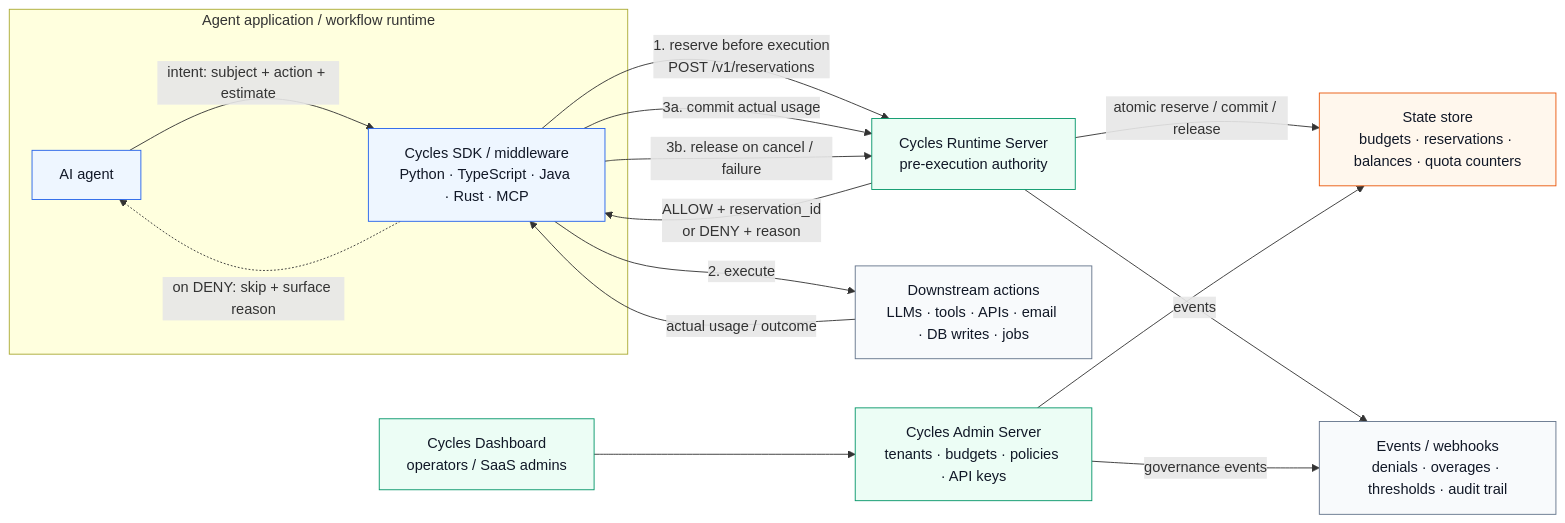
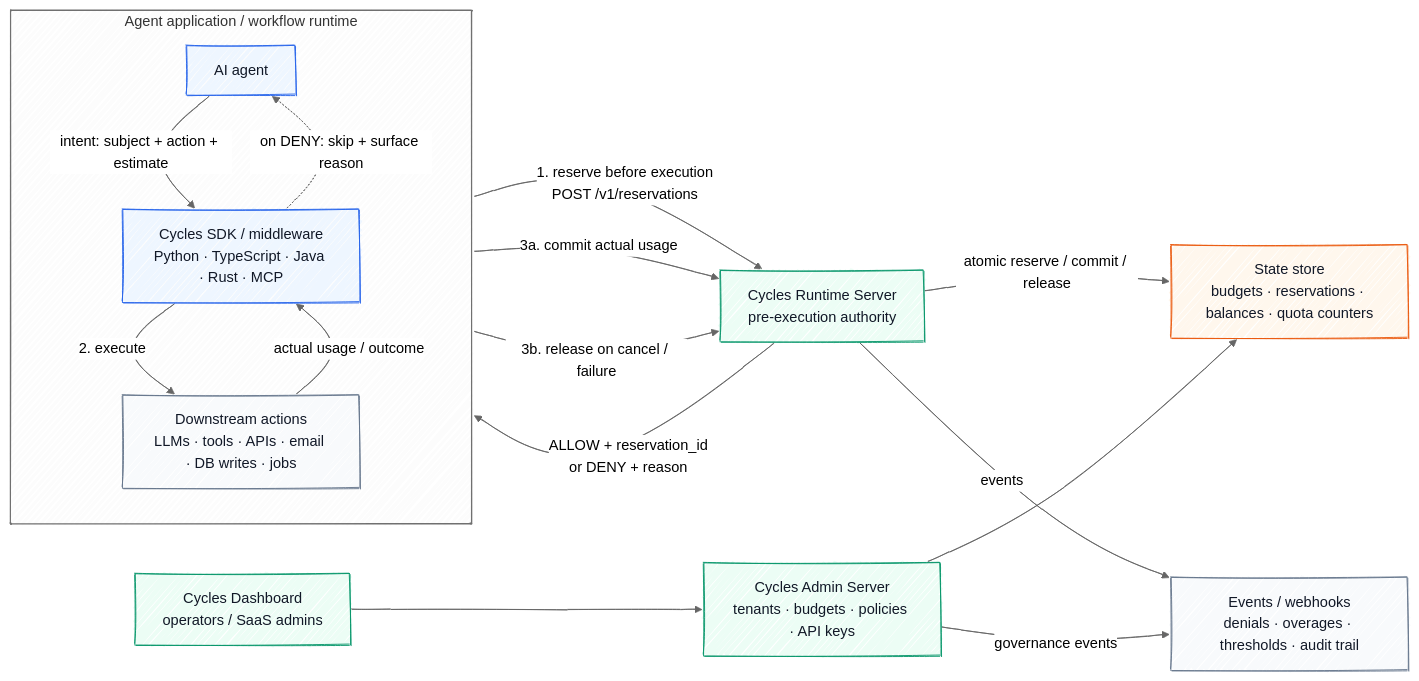
The diagram in ARCHITECTURE.md (runcycles/.github), drawn with Mermaid before and after one commit. The commit also changed 1 other file, not shown here.

First paragraph of the commit message:
docs(diagrams): hand-drawn look + clearer agent-runtime boundary
Two changes to both architecture diagrams (profile README + ARCHITECTURE.md):

````diff
--- a/ARCHITECTURE.md
+++ b/ARCHITECTURE.md
@@ -9,48 +9,56 @@
 ```mermaid
+---
+config:
+  look: handDrawn
+  theme: neutral
+---
 flowchart LR
   %% =========================
-  %% Agent side
+  %% Agent side — everything inside this box runs in your application process
   %% =========================
   subgraph APP["Agent application / workflow runtime"]
+    direction TB
     AGENT["AI agent"]
     SDK["Cycles SDK / middleware<br/>Python · TypeScript · Java · Rust · MCP"]
+    ACTIONS["Downstream actions<br/>LLMs · tools · APIs · email · DB writes · jobs"]
     AGENT -->|"intent: subject + action + estimate"| SDK
+    SDK -->|"2. execute"| ACTIONS
+    ACTIONS -->|"actual usage / outcome"| SDK
   end
 
   %% =========================
-  %% Enforcement path
+  %% Enforcement path — crosses the agent runtime boundary
   %% =========================
   SDK -->|"1. reserve before execution<br/>POST /v1/reservations"| RUNTIME["Cycles Runtime Server<br/>pre-execution authority"]
   RUNTIME -->|"ALLOW + reservation_id<br/>or DENY + reason"| SDK
   SDK -.->|"on DENY: skip + surface reason"| AGENT
-
-  SDK -->|"2. execute"| ACTIONS["Downstream actions<br/>LLMs · tools · APIs · email · DB writes · jobs"]
-  ACTIONS -->|"actual usage / outcome"| SDK
 
   SDK -->|"3a. commit actual usage"| RUNTIME
   SDK -->|"3b. release on cancel / failure"| RUNTIME
 
   %% =========================
   %% State and governance
   %% =========================
   RUNTIME -->|"atomic reserve / commit / release"| STORE["State store<br/>budgets · reservations · balances · quota counters"]
 
   ADMIN["Cycles Admin Server<br/>tenants · budgets · policies · API keys"] --> STORE
   DASH["Cycles Dashboard<br/>operators / SaaS admins"] --> ADMIN
 
   RUNTIME -->|"events"| EVENTS["Events / webhooks<br/>denials · overages · thresholds · audit trail"]
   ADMIN -->|"governance events"| EVENTS
 
   %% =========================
   %% Styles
   %% =========================
   classDef primary fill:#eef6ff,stroke:#2563eb,stroke-width:1px,color:#111827;
   classDef runtime fill:#ecfdf5,stroke:#059669,stroke-width:1px,color:#111827;
   classDef state fill:#fff7ed,stroke:#ea580c,stroke-width:1px,color:#111827;
+  classDef action fill:#f8fafc,stroke:#64748b,stroke-width:1px,color:#111827;
   classDef external fill:#f8fafc,stroke:#64748b,stroke-width:1px,color:#111827;
 
   class AGENT,SDK primary;
   class RUNTIME,ADMIN,DASH runtime;
   class STORE state;
-  class ACTIONS,EVENTS external;
+  class ACTIONS action;
+  class EVENTS external;
 ```
````
